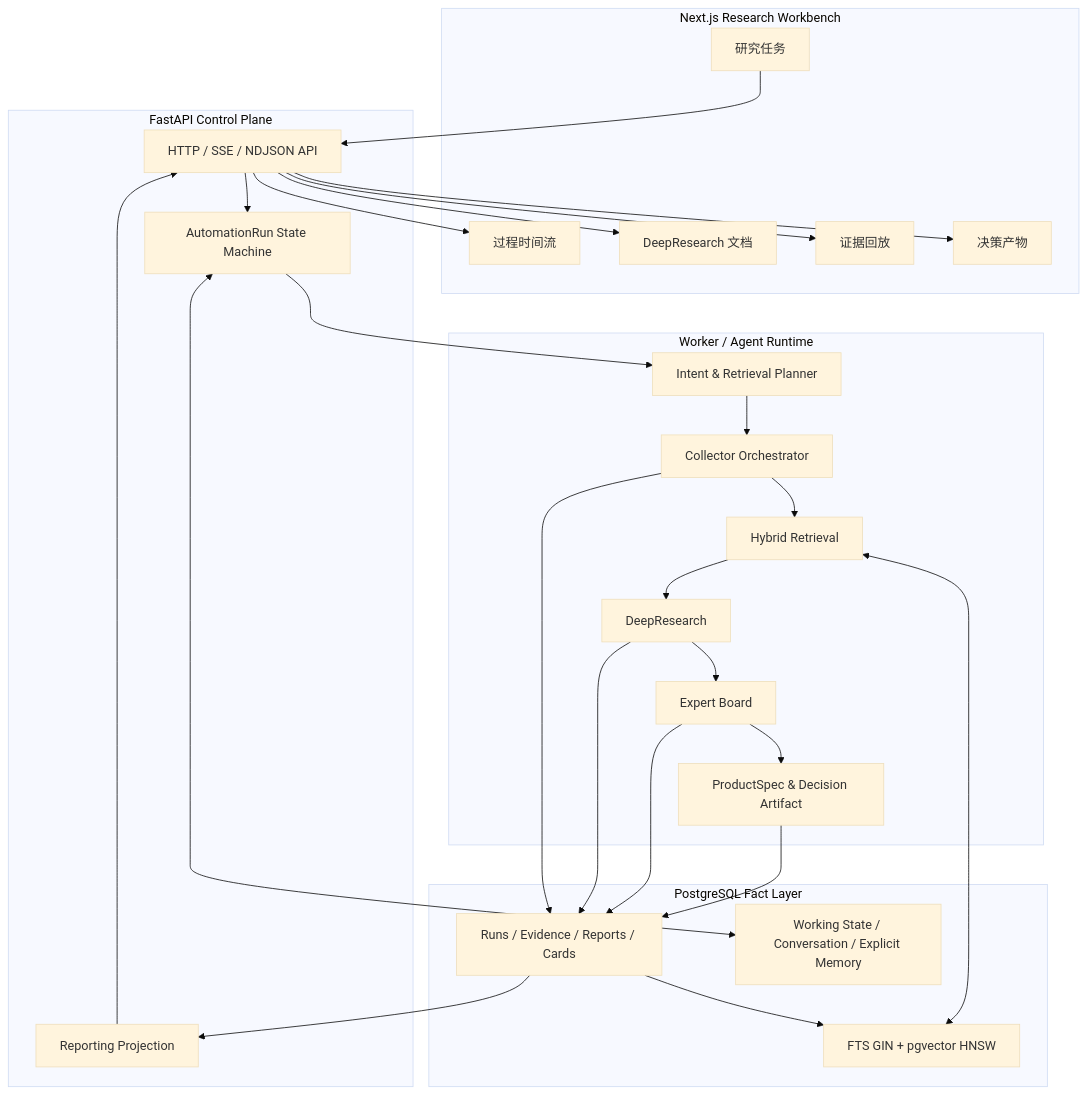
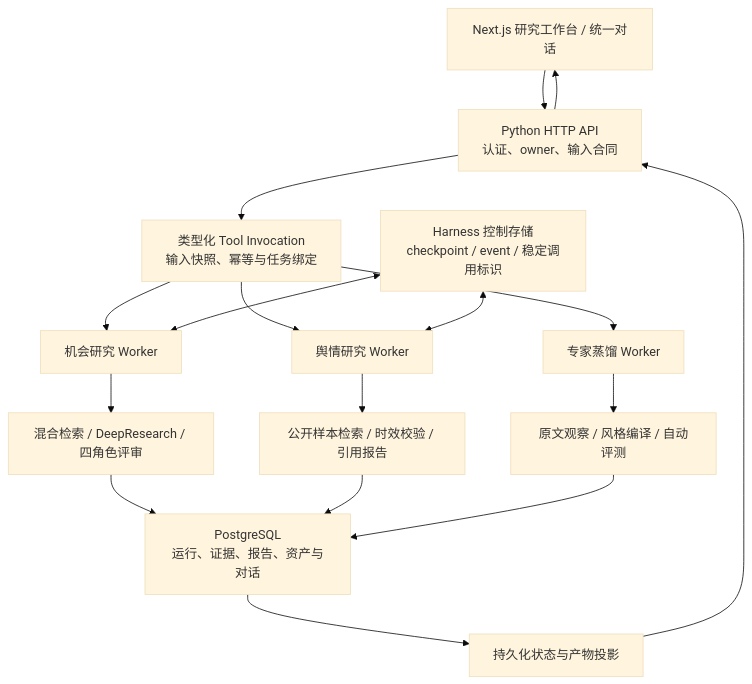
One commit to gaoming-a/OppScout-showcase changed the first of 2 diagrams in docs/architecture.md. Above: the diagram before and after it, drawn with Mermaid (base theme). The commit also changed other lines of this file and 8 other files, not shown here.

Commit message:
docs: refresh intelligence Agent portfolio and evidence boundaries

````diff
--- a/docs/architecture.md
+++ b/docs/architecture.md
@@ -16,47 +9,19 @@
 ```mermaid
 flowchart TB
-    subgraph Surface["Next.js Research Workbench"]
-        UI1["研究任务"]
-        UI2["过程时间流"]
-        UI3["DeepResearch 文档"]
-        UI4["证据回放"]
-        UI5["决策产物"]
-    end
-
-    subgraph Control["FastAPI Control Plane"]
-        API["HTTP / SSE / NDJSON API"]
-        RUN["AutomationRun State Machine"]
-        REPORT["Reporting Projection"]
-    end
-
-    subgraph Runtime["Worker / Agent Runtime"]
-        PLAN["Intent & Retrieval Planner"]
-        COLLECT["Collector Orchestrator"]
-        RETRIEVE["Hybrid Retrieval"]
-        RESEARCH["DeepResearch"]
-        EXPERTS["Expert Board"]
-        ARTIFACT["ProductSpec & Decision Artifact"]
-    end
-
-    subgraph Data["PostgreSQL Fact Layer"]
-        FACTS["Runs / Evidence / Reports / Cards"]
-        INDEX["FTS GIN + pgvector HNSW"]
-        MEMORY["Working State / Conversation / Explicit Memory"]
-    end
-
-    UI1 --> API
-    API --> RUN
-    RUN --> PLAN --> COLLECT --> RETRIEVE --> RESEARCH --> EXPERTS --> ARTIFACT
-    COLLECT --> FACTS
-    FACTS --> INDEX
-    RETRIEVE <--> INDEX
-    RESEARCH --> FACTS
-    EXPERTS --> FACTS
-    ARTIFACT --> FACTS
-    RUN <--> MEMORY
-    FACTS --> REPORT --> API
-    API --> UI2
-    API --> UI3
-    API --> UI4
-    API --> UI5
+    UI["Next.js 研究工作台 / 统一对话"] --> API["Python HTTP API<br/>认证、owner、输入合同"]
+    API --> CALL["类型化 Tool Invocation<br/>输入快照、幂等与任务绑定"]
+    CALL --> OW["机会研究 Worker"]
+    CALL --> PW["舆情研究 Worker"]
+    CALL --> EW["专家蒸馏 Worker"]
+    OW --> RESEARCH["混合检索 / DeepResearch / 四角色评审"]
+    PW --> OPINION["公开样本检索 / 时效校验 / 引用报告"]
+    EW --> STYLE["原文观察 / 风格编译 / 自动评测"]
+    RESEARCH --> DB["PostgreSQL<br/>运行、证据、报告、资产与对话"]
+    OPINION --> DB
+    STYLE --> DB
+    HC["Harness 控制存储<br/>checkpoint / event / 稳定调用标识"] <--> OW
+    HC <--> PW
+    DB --> VIEW["持久化状态与产物投影"]
+    VIEW --> API
+    API --> UI
 ```
````
